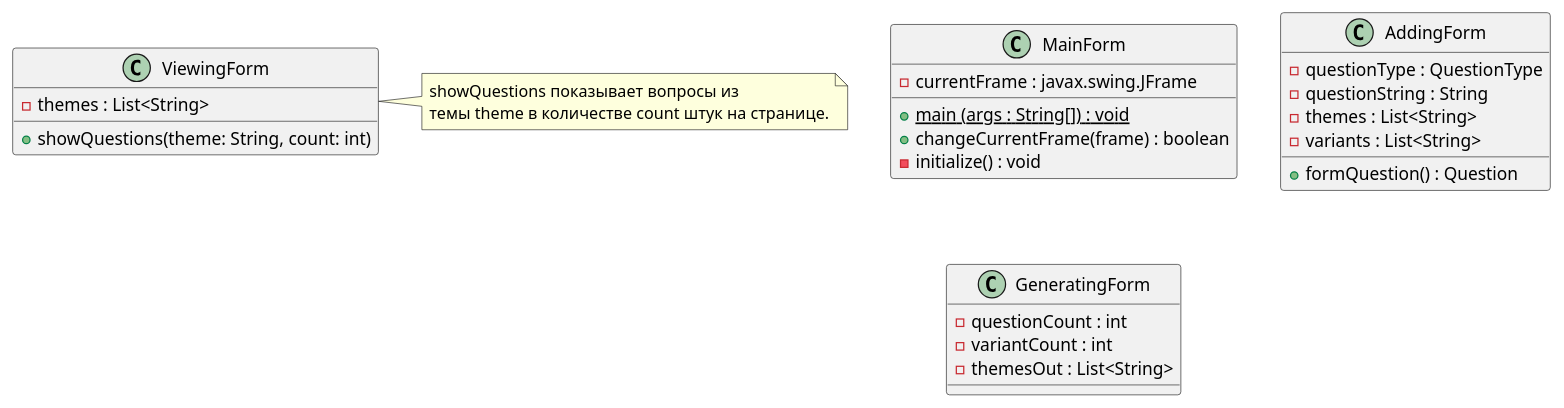
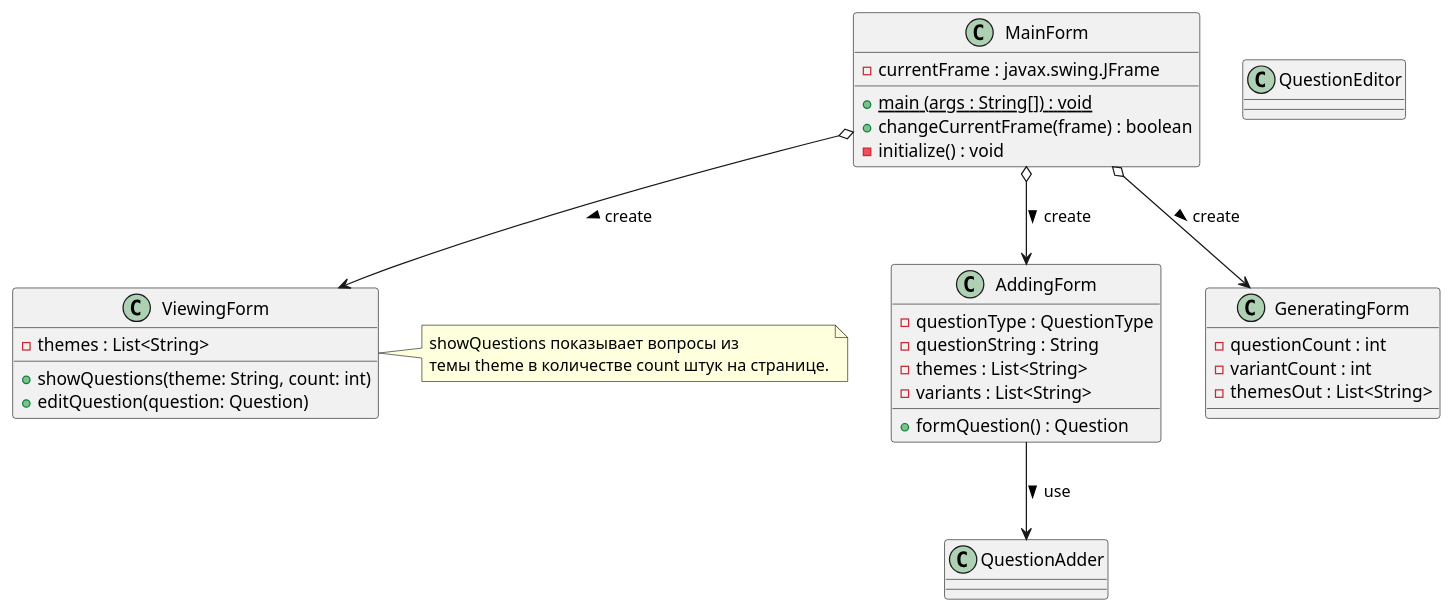
The diagram in diags/forms.puml (earring/testgenerator), drawn with PlantUML before and after one commit. The commit also changed other lines of this file and 1 other file, not shown here.

```diff
--- a/diags/forms.puml
+++ b/diags/forms.puml
@@ -1,30 +1,43 @@
-
+@startuml
 class MainForm {
     -currentFrame : javax.swing.JFrame
     +main {static} (args : String[]) : void
     +changeCurrentFrame(frame) : boolean
     -initialize() : void
 }
 
 class AddingForm {
     -questionType : QuestionType
     -questionString : String
     -themes : List<String>
     -variants : List<String>
     +formQuestion() : Question
 }
 
 class ViewingForm {
     -themes : List<String>
     +showQuestions(theme: String, count: int)
+    +editQuestion(question: Question)
+
+}
+
+class QuestionEditor {
 
 }
 note right of ViewingForm
     showQuestions показывает вопросы из
     темы theme в количестве count штук на странице.
 end note
+
 class GeneratingForm {
     -questionCount : int
     -variantCount : int
     -themesOut : List<String>
 }
+
+
+MainForm  o--> AddingForm : create >
+AddingForm --> QuestionAdder : use >
+MainForm o--> ViewingForm : create >
+MainForm o--> GeneratingForm : create >
+@enduml
```
